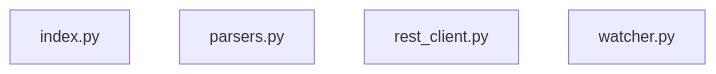
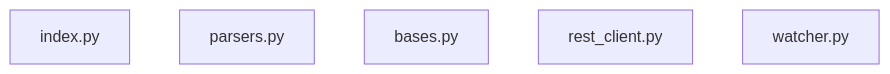
Before and after one commit to robfischer1/vault-mcp: the diagram in docs/architecture.md, drawn with Mermaid. The commit also changed other lines of this file and 5 other files, not shown here.

````diff
--- a/docs/architecture.md
+++ b/docs/architecture.md
@@ -5,7 +5,8 @@
 ```mermaid
 graph TD
     index[index.py]
     parsers[parsers.py]
+    bases[bases.py]
     rest_client[rest_client.py]
     watcher[watcher.py]
 ```
````
